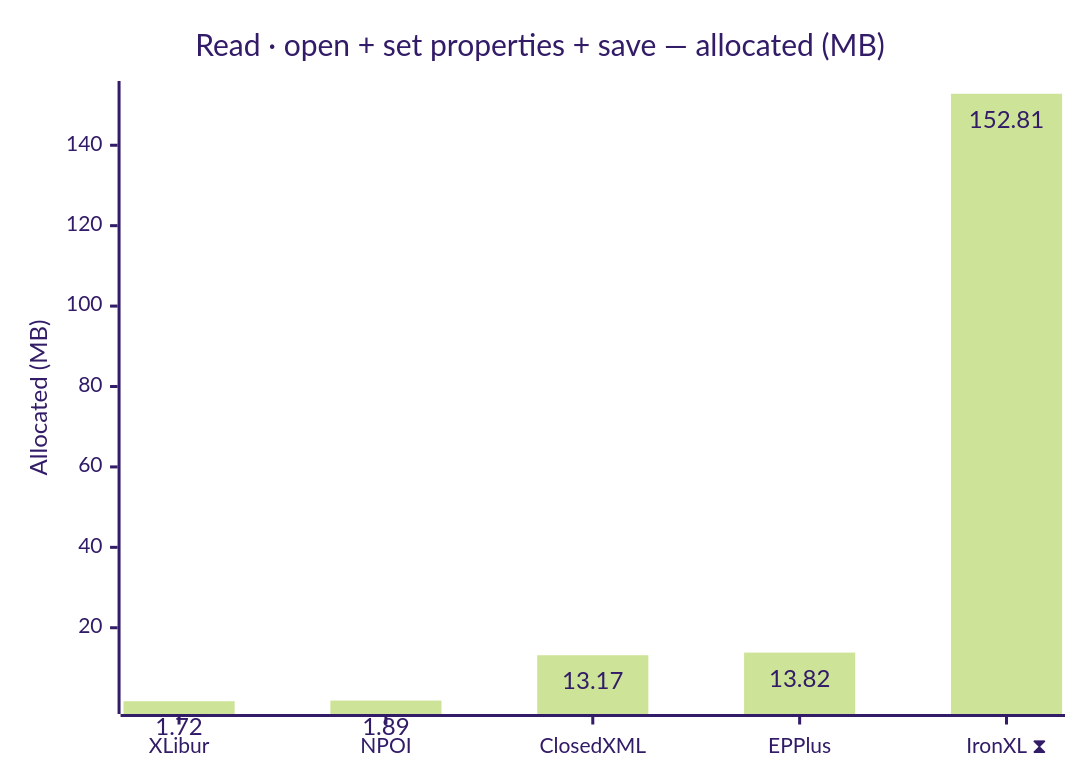
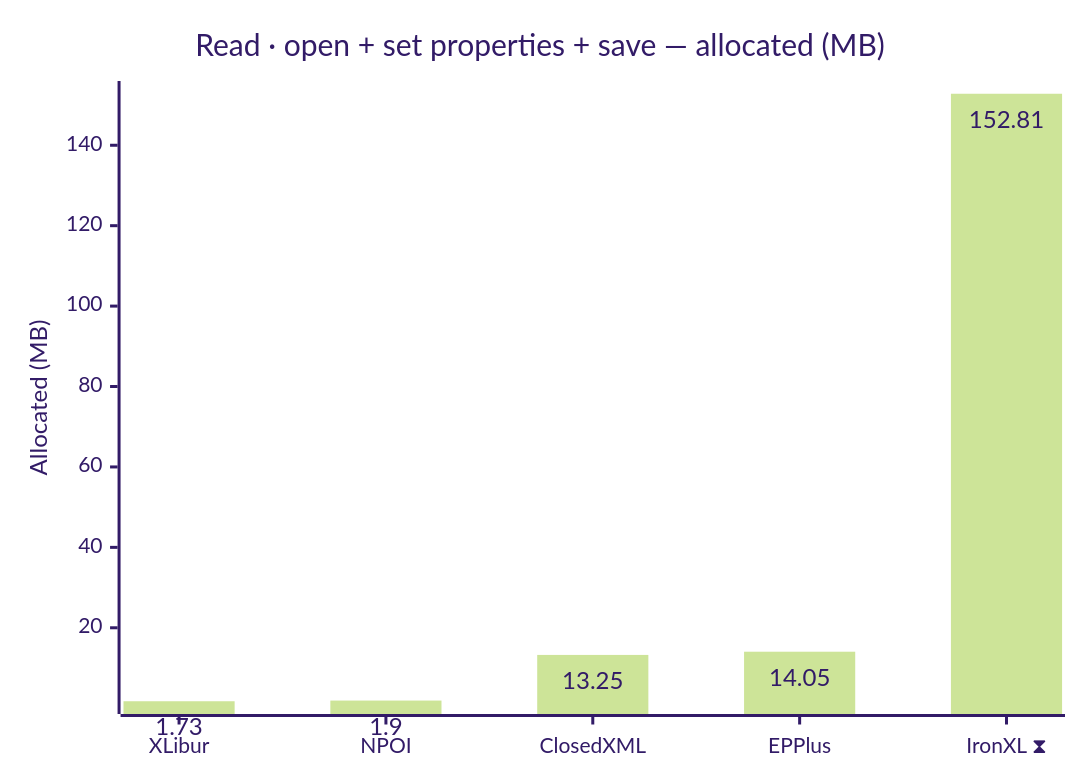
One commit to jafin/XLBench changed the second of 12 diagrams in docs/results-ci.md. Above: the diagram before and after it, drawn with Mermaid (forest theme). The commit also changed other lines of this file, not shown here.

````diff
--- a/docs/results-ci.md
+++ b/docs/results-ci.md
@@ -54,12 +54,12 @@
 ```mermaid
 ---
 config:
   xyChart:
     showDataLabel: true
 ---
 xychart-beta
     title "Read · open + set properties + save — allocated (MB)"
     x-axis ["XLibur", "NPOI", "ClosedXML", "EPPlus", "IronXL ⧗"]
     y-axis "Allocated (MB)"
-    bar [1.72, 1.89, 13.17, 13.82, 152.81]
+    bar [1.73, 1.9, 13.25, 14.05, 152.81]
 ```
````
